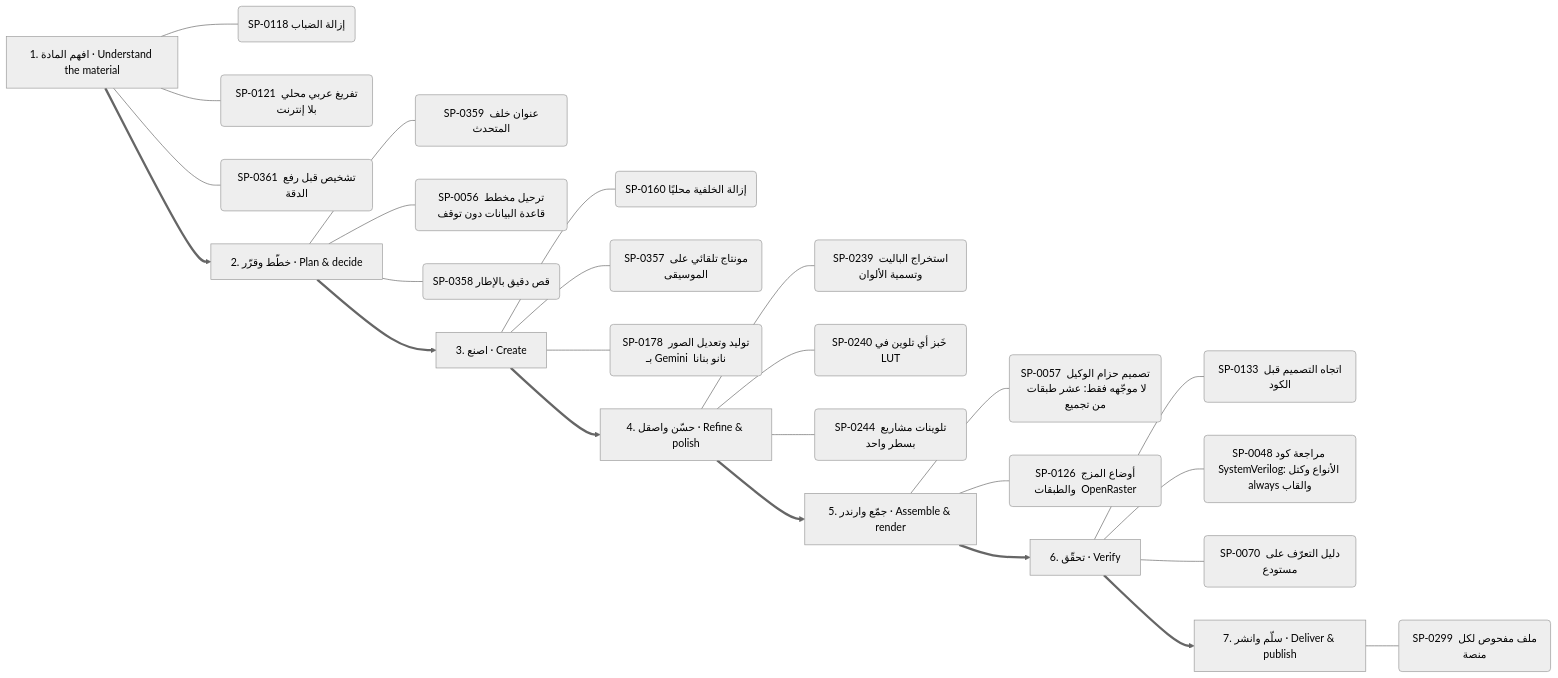
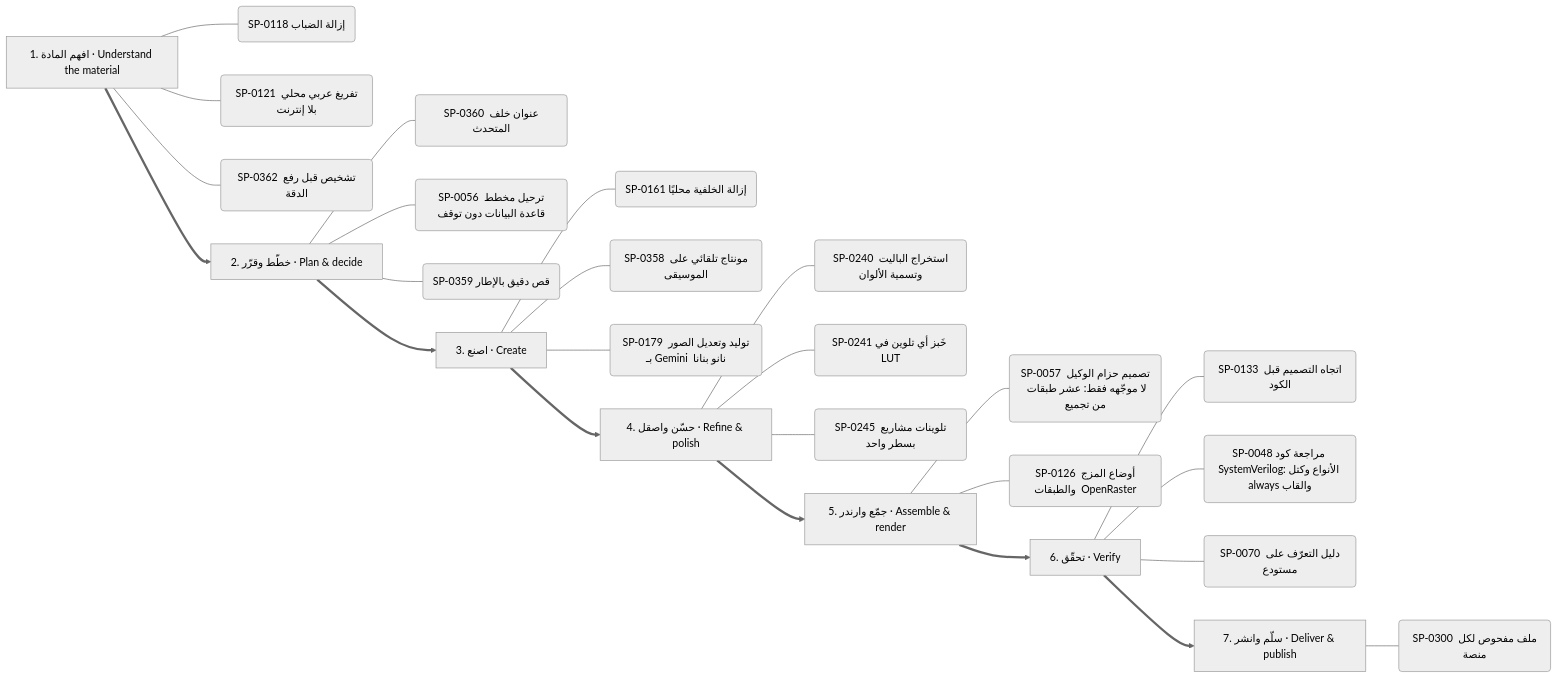
Before and after one commit to kosif199022-jpg/kosif-tool: the seventh of 13 diagrams in .claude/skills/kosif-superpowers/references/capability-mindmap.md, drawn with Mermaid (neutral theme). The commit also changed other lines of this file and 57 other files, not shown here.

````diff
--- a/.claude/skills/kosif-superpowers/references/capability-mindmap.md
+++ b/.claude/skills/kosif-superpowers/references/capability-mindmap.md
@@ -368,34 +368,34 @@
 ```mermaid
 flowchart LR
   S0["1. افهم المادة · Understand the material"]
   S0 --- S0_0("SP-0118 إزالة الضباب")
   S0 --- S0_1("SP-0121 تفريغ عربي محلي بلا إنترنت")
-  S0 --- S0_2("SP-0361 تشخيص قبل رفع الدقة")
+  S0 --- S0_2("SP-0362 تشخيص قبل رفع الدقة")
   S1["2. خطّط وقرّر · Plan & decide"]
-  S1 --- S1_0("SP-0359 عنوان خلف المتحدث")
+  S1 --- S1_0("SP-0360 عنوان خلف المتحدث")
   S1 --- S1_1("SP-0056 ترحيل مخطط قاعدة البيانات دون توقف")
-  S1 --- S1_2("SP-0358 قص دقيق بالإطار")
+  S1 --- S1_2("SP-0359 قص دقيق بالإطار")
   S0 ==> S1
   S2["3. اصنع · Create"]
-  S2 --- S2_0("SP-0160 إزالة الخلفية محليًا")
-  S2 --- S2_1("SP-0357 مونتاج تلقائي على الموسيقى")
-  S2 --- S2_2("SP-0178 توليد وتعديل الصور بـ Gemini  نانو بنانا ")
+  S2 --- S2_0("SP-0161 إزالة الخلفية محليًا")
+  S2 --- S2_1("SP-0358 مونتاج تلقائي على الموسيقى")
+  S2 --- S2_2("SP-0179 توليد وتعديل الصور بـ Gemini  نانو بنانا ")
   S1 ==> S2
   S3["4. حسّن واصقل · Refine & polish"]
-  S3 --- S3_0("SP-0239 استخراج الباليت وتسمية الألوان")
-  S3 --- S3_1("SP-0240 خَبز أي تلوين في LUT")
-  S3 --- S3_2("SP-0244 تلوينات مشاريع بسطر واحد")
+  S3 --- S3_0("SP-0240 استخراج الباليت وتسمية الألوان")
+  S3 --- S3_1("SP-0241 خَبز أي تلوين في LUT")
+  S3 --- S3_2("SP-0245 تلوينات مشاريع بسطر واحد")
   S2 ==> S3
   S4["5. جمّع وارندر · Assemble & render"]
   S4 --- S4_0("SP-0057 تصميم حزام الوكيل لا موجّهه فقط: عشر طبقات من تجميع ")
   S4 --- S4_1("SP-0126 أوضاع المزج والطبقات  OpenRaster ")
   S3 ==> S4
   S5["6. تحقّق · Verify"]
   S5 --- S5_0("SP-0133 اتجاه التصميم قبل الكود")
   S5 --- S5_1("SP-0048 مراجعة كود SystemVerilog: الأنواع وكتل always والقاب")
   S5 --- S5_2("SP-0070 دليل التعرّف على مستودع")
   S4 ==> S5
   S6["7. سلّم وانشر · Deliver & publish"]
-  S6 --- S6_0("SP-0299 ملف مفحوص لكل منصة")
+  S6 --- S6_0("SP-0300 ملف مفحوص لكل منصة")
   S5 ==> S6
 ```
````
